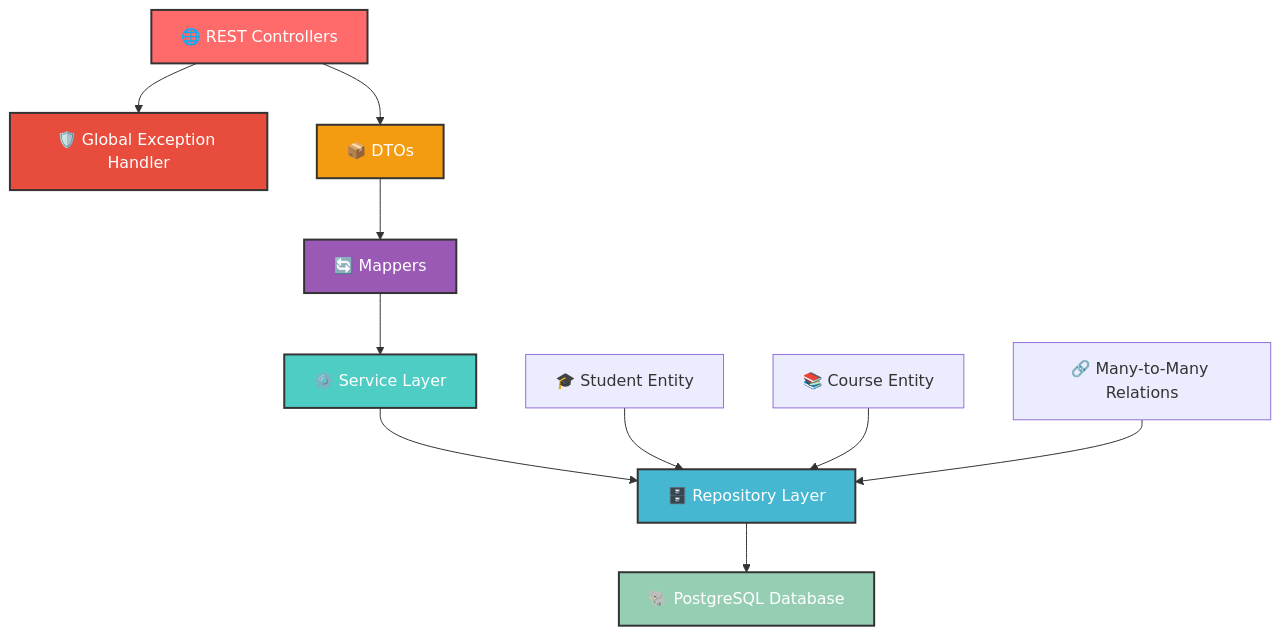
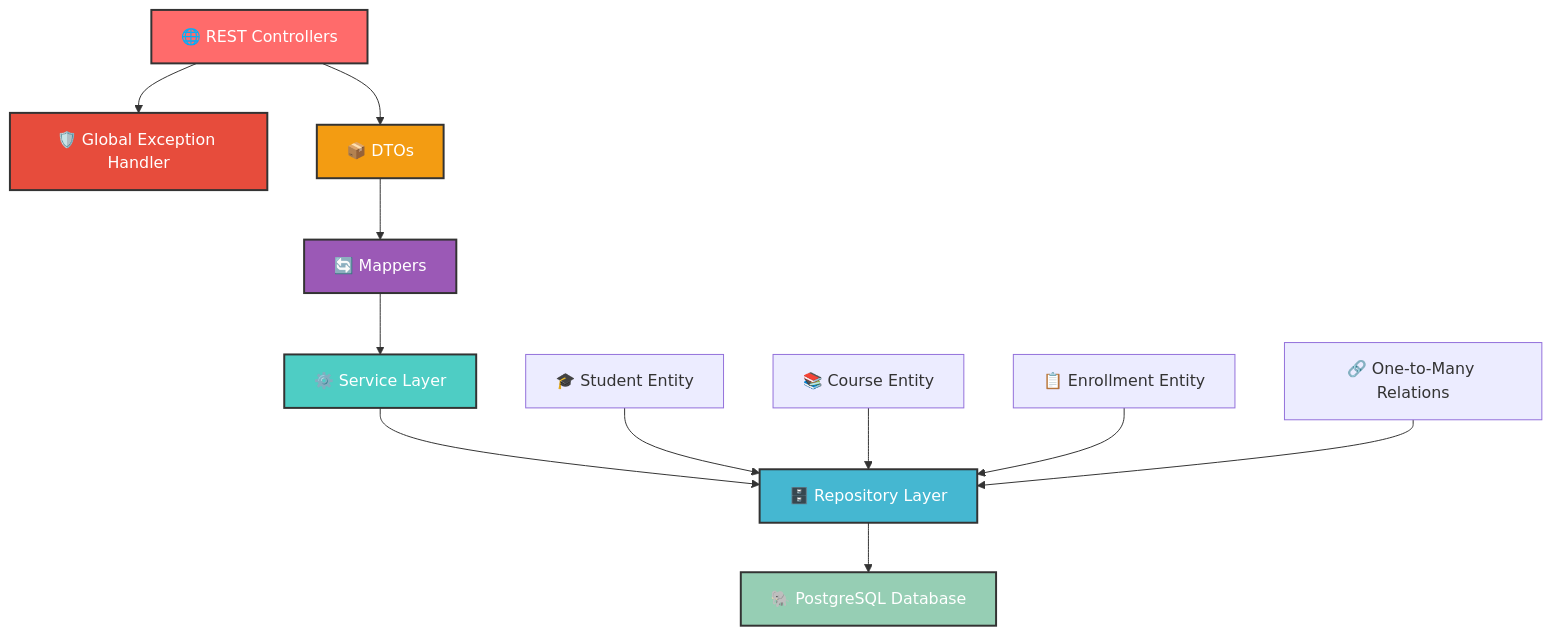
The diagram in PROJECT2/day14/student_course_management_system/README.md (soundar-19/SpringBootTraining), drawn with Mermaid before and after one commit. The commit also changed other lines of this file and 21 other files, not shown here.

````diff
--- a/PROJECT2/day14/student_course_management_system/README.md
+++ b/PROJECT2/day14/student_course_management_system/README.md
@@ -61,21 +65,22 @@
 ```mermaid
 graph TB
     A[🌐 REST Controllers] --> H[🛡️ Global Exception Handler]
     A --> I[📦 DTOs]
     I --> J[🔄 Mappers]
     J --> B[⚙️ Service Layer]
     B --> C[🗄️ Repository Layer]
     C --> D[🐘 PostgreSQL Database]
     
     E[🎓 Student Entity] --> C
     F[📚 Course Entity] --> C
-    G[🔗 Many-to-Many Relations] --> C
+    G[📋 Enrollment Entity] --> C
+    K[🔗 One-to-Many Relations] --> C
     
     style A fill:#ff6b6b,stroke:#333,stroke-width:2px,color:#fff
     style H fill:#e74c3c,stroke:#333,stroke-width:2px,color:#fff
     style I fill:#f39c12,stroke:#333,stroke-width:2px,color:#fff
     style J fill:#9b59b6,stroke:#333,stroke-width:2px,color:#fff
     style B fill:#4ecdc4,stroke:#333,stroke-width:2px,color:#fff
     style C fill:#45b7d1,stroke:#333,stroke-width:2px,color:#fff
     style D fill:#96ceb4,stroke:#333,stroke-width:2px,color:#fff
 ```
````
